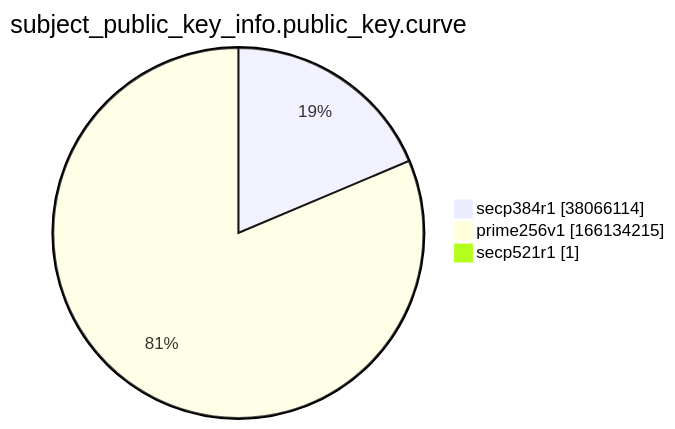
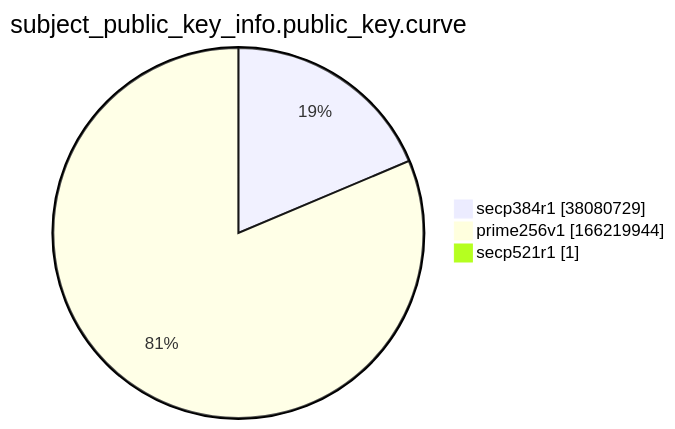
The ninth of 15 diagrams in argon2022/README.md (christiankrug/ctmonitor_visualization), drawn with Mermaid before and after one commit. The commit also changed other lines of this file, not shown here.

````diff
--- a/argon2022/README.md
+++ b/argon2022/README.md
@@ -2766,7 +2766,7 @@
 ```mermaid
 pie showData
 title subject_public_key_info.public_key.curve
-"secp384r1" :38066114
-"prime256v1" :166134215
+"secp384r1" :38080729
+"prime256v1" :166219944
 "secp521r1" :1
 ```
````
